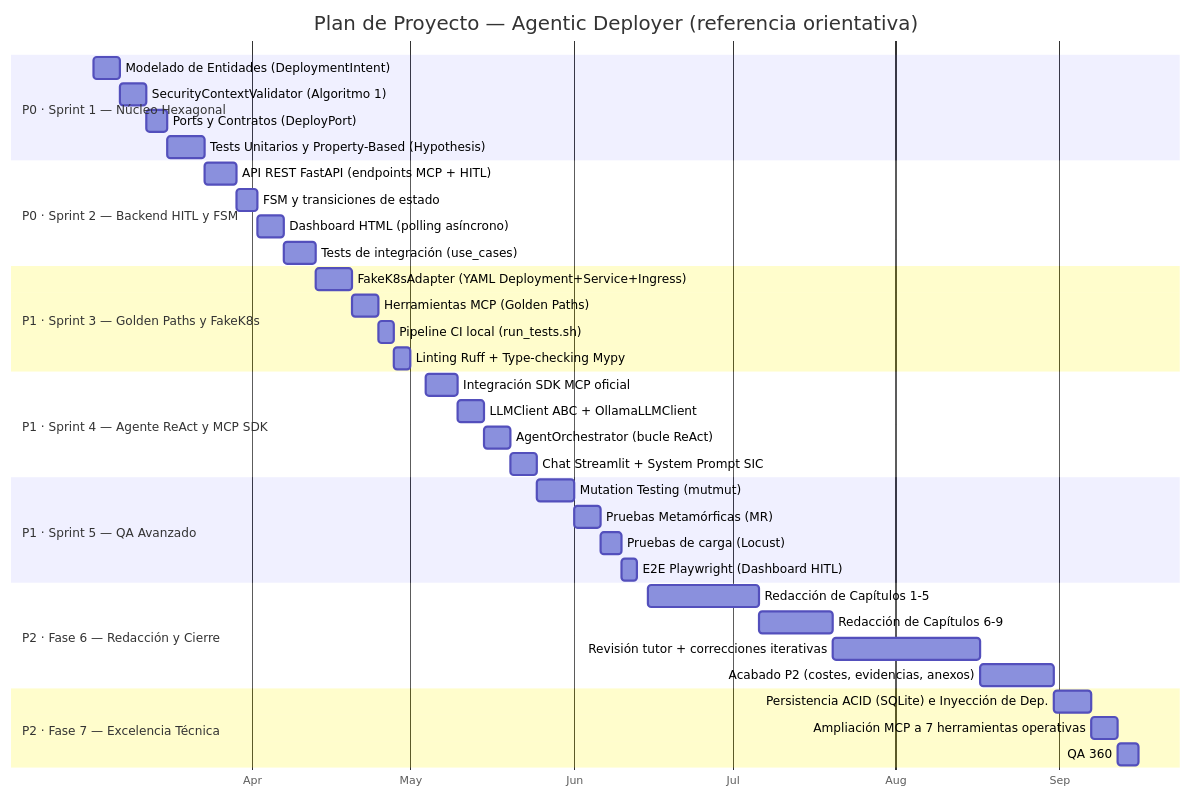
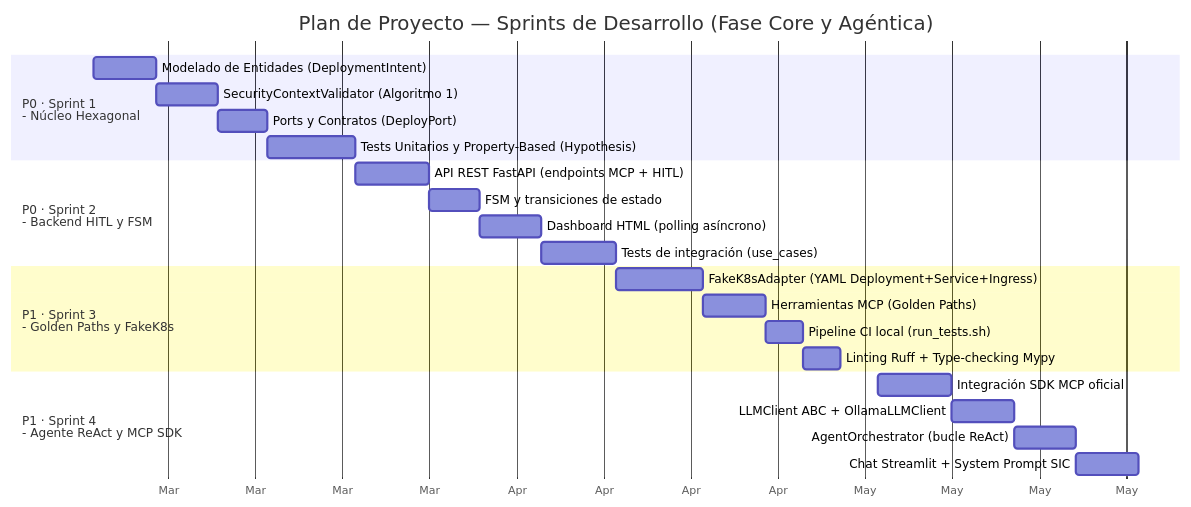
Before and after one commit to JesusSolisOrtega/agentic-deployer: the first of 2 diagrams in memoria/9_Planificacion_y_Costes.md, drawn with Mermaid. The commit also changed other lines of this file and 19 other files, not shown here.

````diff
--- a/memoria/9_Planificacion_y_Costes.md
+++ b/memoria/9_Planificacion_y_Costes.md
@@ -44,47 +45,30 @@
 ```mermaid
 gantt
-  title Plan de Proyecto — Agentic Deployer (referencia orientativa)
+  title Plan de Proyecto — Sprints de Desarrollo (Fase Core y Agéntica)
   dateFormat YYYY-MM-DD
   axisFormat %b
 
-  section P0 · Sprint 1 — Núcleo Hexagonal
+  section P0 · Sprint 1<br>- Núcleo Hexagonal
   Modelado de Entidades (DeploymentIntent)    :s1a, 2026-03-02, 5d
   SecurityContextValidator (Algoritmo 1)     :s1b, after s1a, 5d
   Ports y Contratos (DeployPort)         :s1c, after s1b, 4d
   Tests Unitarios y Property-Based (Hypothesis) :s1d, after s1c, 7d
 
-  section P0 · Sprint 2 — Backend HITL y FSM
+  section P0 · Sprint 2<br>- Backend HITL y FSM
   API REST FastAPI (endpoints MCP + HITL)    :s2a, 2026-03-23, 6d
   FSM y transiciones de estado          :s2b, after s2a, 4d
   Dashboard HTML (polling asíncrono)       :s2c, after s2b, 5d
   Tests de integración (use_cases)        :s2d, after s2c, 6d
 
-  section P1 · Sprint 3 — Golden Paths y FakeK8s
+  section P1 · Sprint 3<br>- Golden Paths y FakeK8s
   FakeK8sAdapter (YAML Deployment+Service+Ingress):s3a, 2026-04-13, 7d
   Herramientas MCP (Golden Paths)        :s3b, after s3a, 5d
   Pipeline CI local (run_tests.sh)        :s3c, after s3b, 3d
   Linting Ruff + Type-checking Mypy       :s3d, after s3c, 3d
 
-  section P1 · Sprint 4 — Agente ReAct y MCP SDK
+  section P1 · Sprint 4<br>- Agente ReAct y MCP SDK
   Integración SDK MCP oficial          :s4a, 2026-05-04, 6d
   LLMClient ABC + OllamaLLMClient        :s4b, after s4a, 5d
   AgentOrchestrator (bucle ReAct)        :s4c, after s4b, 5d
   Chat Streamlit + System Prompt SIC       :s4d, after s4c, 5d
-
-  section P1 · Sprint 5 — QA Avanzado
-  Mutation Testing (mutmut)           :s5a, 2026-05-25, 7d
-  Pruebas Metamórficas (MR)           :s5b, after s5a, 5d
-  Pruebas de carga (Locust)           :s5c, after s5b, 4d
-  E2E Playwright (Dashboard HITL)        :s5d, after s5c, 3d
-
-  section P2 · Fase 6 — Redacción y Cierre
-  Redacción de Capítulos 1-5           :s6a, 2026-06-15, 21d
-  Redacción de Capítulos 6-9           :s6b, after s6a, 14d
-  Revisión tutor + correcciones iterativas    :s6c, after s6b, 28d
-  Acabado P2 (costes, evidencias, anexos)    :s6d, after s6c, 14d
-
-  section P2 · Fase 7 — Excelencia Técnica
-  Persistencia ACID (SQLite) e Inyección de Dep. :s7a, after s6d, 7d
-  Ampliación MCP a 7 herramientas operativas   :s7b, after s7a, 5d
-  QA 360: Mutmut + Pruebas Integración      :s7c, after s7b, 4d
 ```
````
